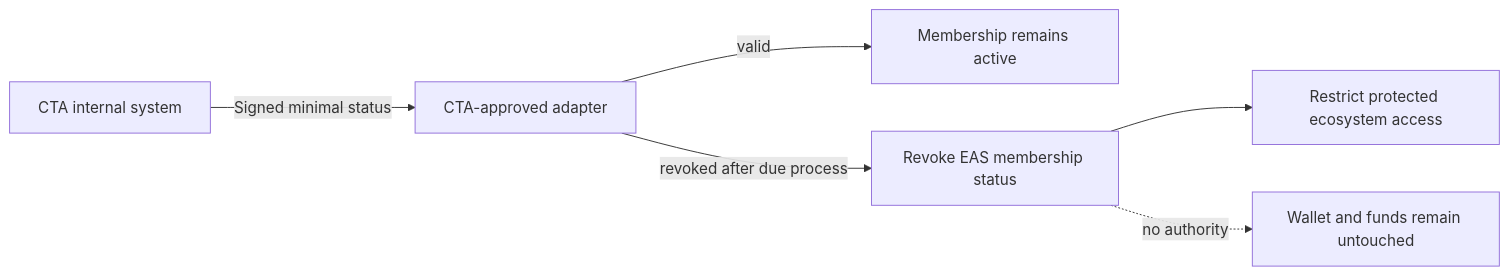
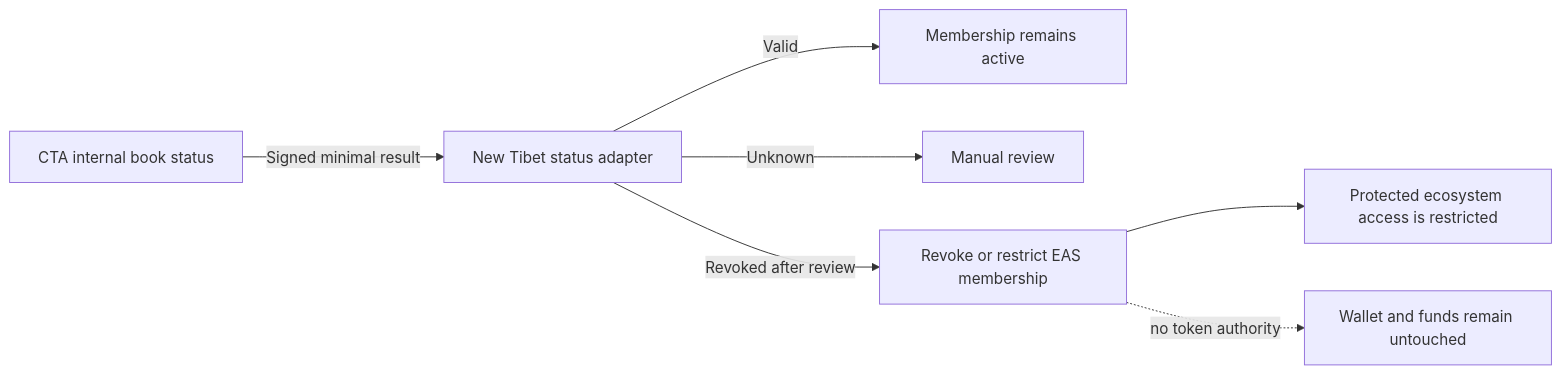
Before and after one commit to AlexJupiter/tibetan-id: the fourth of 5 diagrams in README.md, drawn with Mermaid. The commit also changed other lines of this file, not shown here.

Commit message:
Simplify membership and custody flows

````diff
--- a/README.md
+++ b/README.md
@@ -216,8 +198,9 @@
 ```mermaid
 flowchart LR
-    A[CTA internal system] -->|Signed minimal status| B[CTA-approved adapter]
-    B -->|valid| C[Membership remains active]
-    B -->|revoked after due process| D[Revoke EAS membership status]
-    D --> E[Restrict protected ecosystem access]
-    D -. no authority .-> F[Wallet and funds remain untouched]
+    A[CTA internal book status] -->|Signed minimal result| B[New Tibet status adapter]
+    B -->|Valid| C[Membership remains active]
+    B -->|Unknown| D[Manual review]
+    B -->|Revoked after review| E[Revoke or restrict EAS membership]
+    E --> F[Protected ecosystem access is restricted]
+    E -. no token authority .-> G[Wallet and funds remain untouched]
 ```
````
